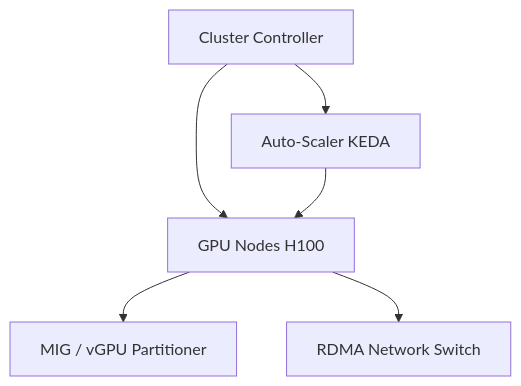
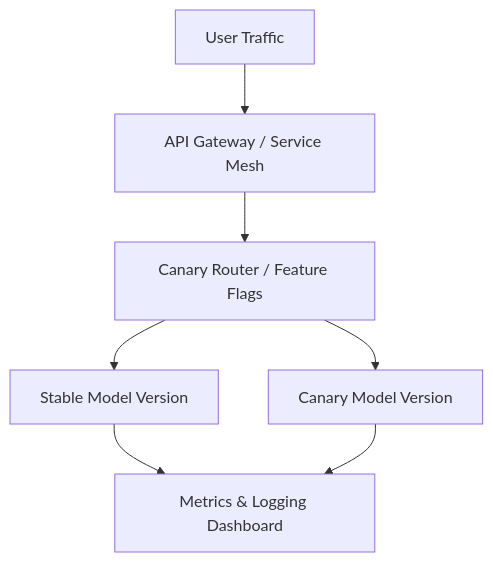
One commit to leafsax/ai-infra-training-180days changed the first of 2 diagrams in english/days-31-60/day-058-ai-infra-system-design.md. Above: the diagram before and after it, drawn with Mermaid. The commit also changed other lines of this file and 1 other file, not shown here.

Commit message:
fix: correct component and data flow diagrams for Day 58 to match their respective topics (A/B Testing & Canary Deployments for English, Distributed Training for Chinese)

````diff
--- a/english/days-31-60/day-058-ai-infra-system-design.md
+++ b/english/days-31-60/day-058-ai-infra-system-design.md
@@ -39,8 +39,9 @@
   ```mermaid
   graph TD
-      A[Cluster Controller] --> B[GPU Nodes H100]
-      B --> C[MIG / vGPU Partitioner]
-      B --> D[RDMA Network Switch]
-      A --> E[Auto-Scaler KEDA]
-      E --> B
+      A[User Traffic] --> B[API Gateway / Service Mesh]
+      B --> C[Canary Router / Feature Flags]
+      C --> D[Stable Model Version]
+      C --> E[Canary Model Version]
+      D --> F[Metrics & Logging Dashboard]
+      E --> F
   ```
````
